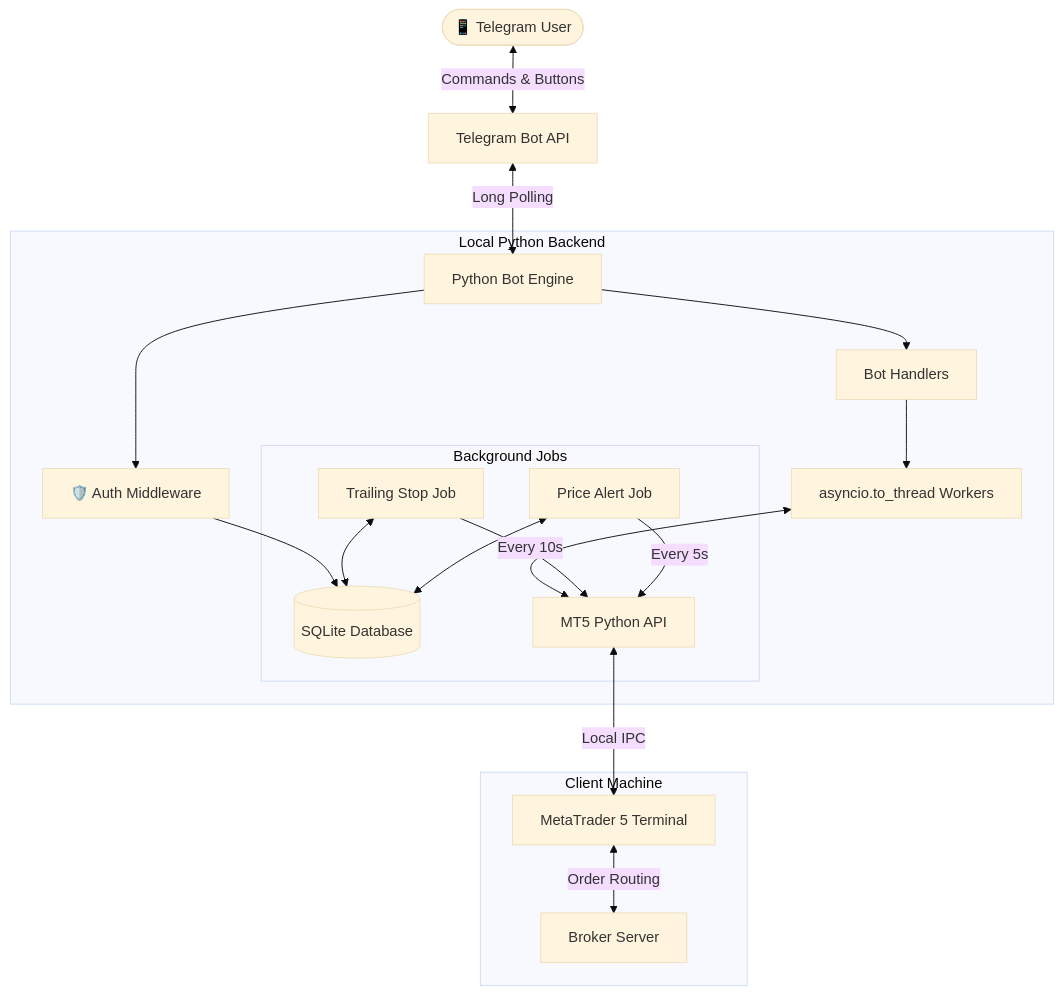
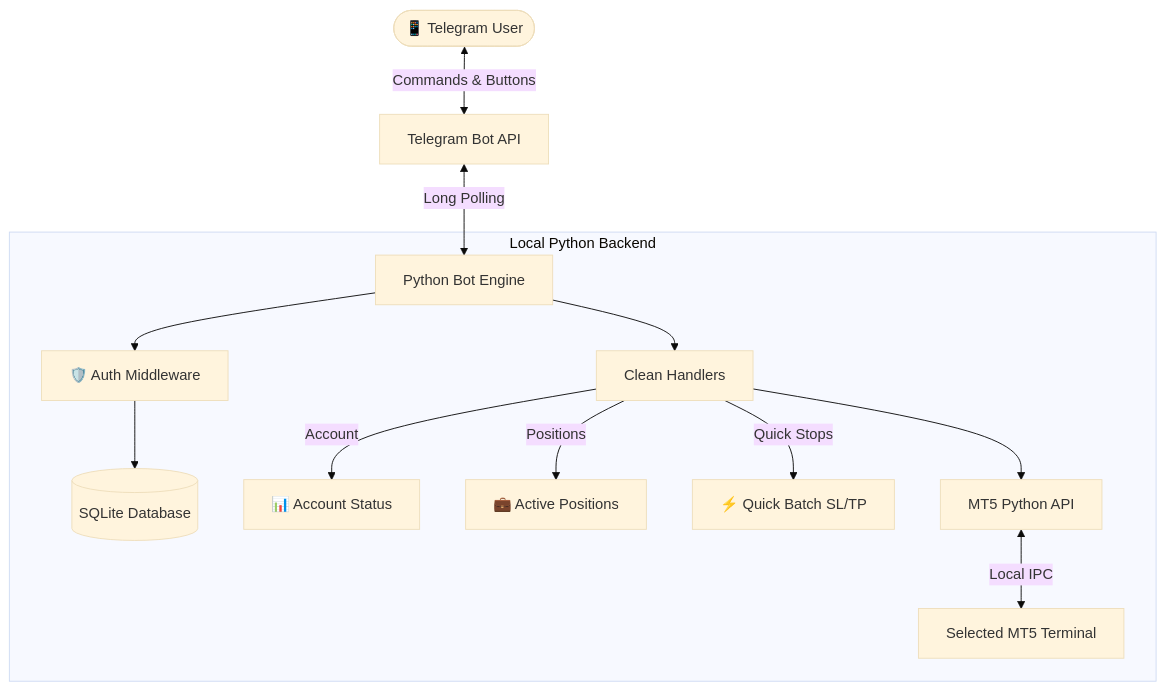
One commit to usmanch96/mt5-telegram-trade-assistant changed the diagram in README.md. Above: the diagram before and after it, drawn with Mermaid (base theme). The commit also changed other lines of this file and 28 other files, not shown here.

````diff
--- a/README.md
+++ b/README.md
@@ -76,26 +63,17 @@
 ```mermaid
 graph TD
     User([📱 Telegram User]) <-->|Commands & Buttons| TG_API[Telegram Bot API]
     TG_API <-->|Long Polling| BotMain[Python Bot Engine]
 
     subgraph Local Python Backend
         BotMain --> Auth[🛡️ Auth Middleware]
         Auth --> DB[(SQLite Database)]
-
-        BotMain --> Handlers[Bot Handlers]
-        Handlers --> Executor[asyncio.to_thread Workers]
-        Executor <--> MT5_API[MT5 Python API]
-
-        subgraph Background Jobs
-            TrailService[Trailing Stop Job] -->|Every 10s| MT5_API
-            AlertService[Price Alert Job] -->|Every 5s| MT5_API
-            TrailService <--> DB
-            AlertService <--> DB
-        end
-    end
-
-    subgraph Client Machine
-        MT5_API <-->|Local IPC| MT5_Terminal[MetaTrader 5 Terminal]
-        MT5_Terminal <-->|Order Routing| BrokerServer[Broker Server]
+        BotMain --> Handlers[Clean Handlers]
+        Handlers -->|Account| H_Acc[📊 Account Status]
+        Handlers -->|Positions| H_Pos[💼 Active Positions]
+        Handlers -->|Quick Stops| H_Batch[⚡ Quick Batch SL/TP]
+        
+        Handlers --> MT5_API[MT5 Python API]
+        MT5_API <-->|Local IPC| MT5_Terminal[Selected MT5 Terminal]
     end
 ```
````
